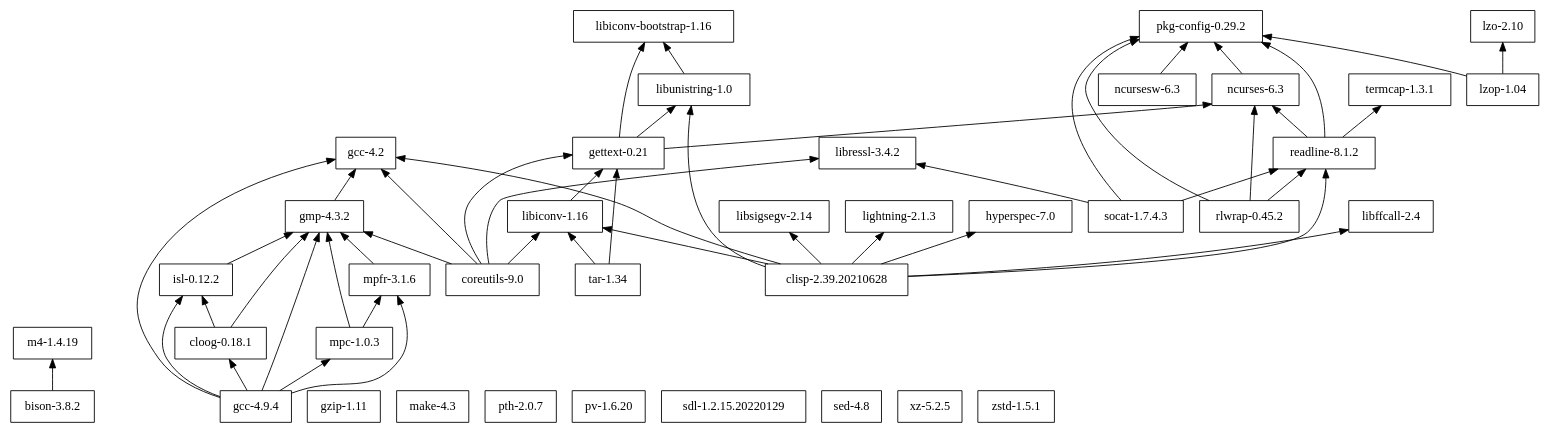
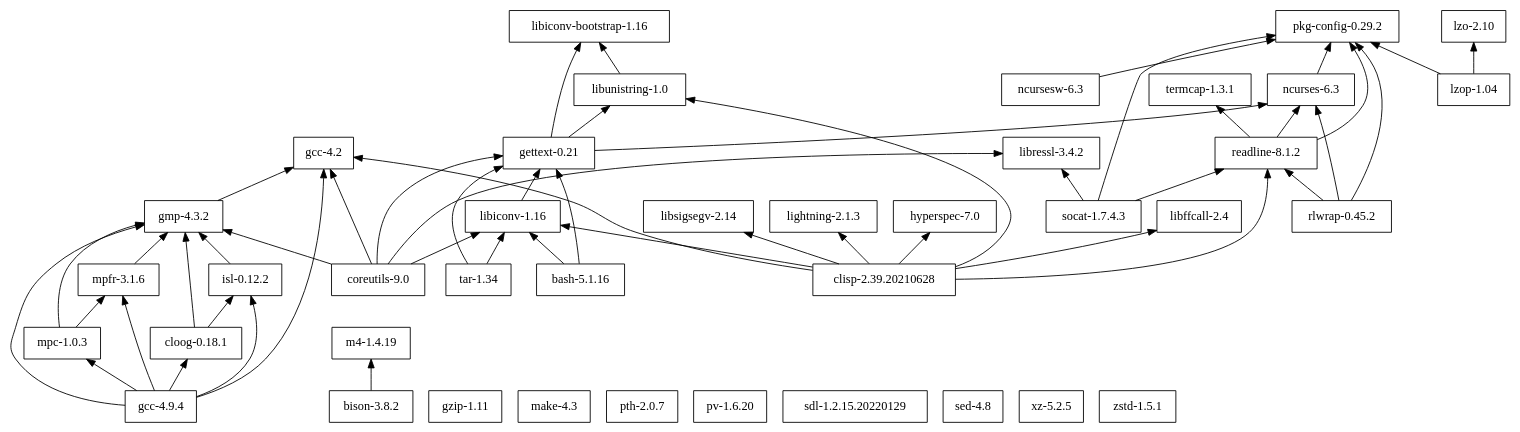
The diagram in leopardsh/deps/dependencies.dot (cellularmitosis/leopard.sh), drawn with Graphviz before and after one commit. The commit also changed 8 other files, not shown here.

```diff
--- a/leopardsh/deps/dependencies.dot
+++ b/leopardsh/deps/dependencies.dot
@@ -1,72 +1,74 @@
 digraph mygraph {
 node [shape=box];
 rankdir = BT;
 
+"bash-5.1.16" -> "gettext-0.21"
+"bash-5.1.16" -> "libiconv-1.16"
 "bison-3.8.2" -> "m4-1.4.19"
 "clisp-2.39.20210628" -> "gcc-4.2"
 "clisp-2.39.20210628" -> "hyperspec-7.0"
 "clisp-2.39.20210628" -> "libiconv-1.16"
 "clisp-2.39.20210628" -> "libffcall-2.4"
 "clisp-2.39.20210628" -> "libsigsegv-2.14"
 "clisp-2.39.20210628" -> "libunistring-1.0"
 "clisp-2.39.20210628" -> "lightning-2.1.3"
 "clisp-2.39.20210628" -> "readline-8.1.2"
 "cloog-0.18.1" -> "gmp-4.3.2"
 "cloog-0.18.1" -> "isl-0.12.2"
 "coreutils-9.0" -> "gcc-4.2"
 "coreutils-9.0" -> "gettext-0.21"
 "coreutils-9.0" -> "gmp-4.3.2"
 "coreutils-9.0" -> "libiconv-1.16"
 "coreutils-9.0" -> "libressl-3.4.2"
 "gcc-4.2"
 "gcc-4.9.4" -> "cloog-0.18.1"
 "gcc-4.9.4" -> "gcc-4.2"
 "gcc-4.9.4" -> "gmp-4.3.2"
 "gcc-4.9.4" -> "isl-0.12.2"
 "gcc-4.9.4" -> "mpc-1.0.3"
 "gcc-4.9.4" -> "mpfr-3.1.6"
 "gettext-0.21" -> "libiconv-bootstrap-1.16"
 "gettext-0.21" -> "libunistring-1.0"
 "gettext-0.21" -> "ncurses-6.3"
 "gmp-4.3.2" -> "gcc-4.2"
 "gzip-1.11"
 "hyperspec-7.0"
 "isl-0.12.2" -> "gmp-4.3.2"
 "libffcall-2.4"
 "libiconv-1.16" -> "gettext-0.21"
 "libiconv-bootstrap-1.16"
 "libressl-3.4.2"
 "libsigsegv-2.14"
 "libunistring-1.0" -> "libiconv-bootstrap-1.16"
 "lightning-2.1.3"
 "lzo-2.10"
 "lzop-1.04" -> "lzo-2.10"
 "lzop-1.04" -> "pkg-config-0.29.2"
 "m4-1.4.19"
 "make-4.3"
 "mpc-1.0.3" -> "gmp-4.3.2"
 "mpc-1.0.3" -> "mpfr-3.1.6"
 "mpfr-3.1.6" -> "gmp-4.3.2"
 "ncurses-6.3" -> "pkg-config-0.29.2"
 "ncursesw-6.3" -> "pkg-config-0.29.2"
 "pkg-config-0.29.2"
 "pth-2.0.7"
 "pv-1.6.20"
 "readline-8.1.2" -> "ncurses-6.3"
 "readline-8.1.2" -> "pkg-config-0.29.2"
 "readline-8.1.2" -> "termcap-1.3.1"
 "rlwrap-0.45.2" -> "ncurses-6.3"
 "rlwrap-0.45.2" -> "pkg-config-0.29.2"
 "rlwrap-0.45.2" -> "readline-8.1.2"
 "sdl-1.2.15.20220129"
 "sed-4.8"
 "socat-1.7.4.3" -> "libressl-3.4.2"
 "socat-1.7.4.3" -> "pkg-config-0.29.2"
 "socat-1.7.4.3" -> "readline-8.1.2"
 "tar-1.34" -> "gettext-0.21"
 "tar-1.34" -> "libiconv-1.16"
 "termcap-1.3.1"
 "xz-5.2.5"
 "zstd-1.5.1"
 
 }
```
